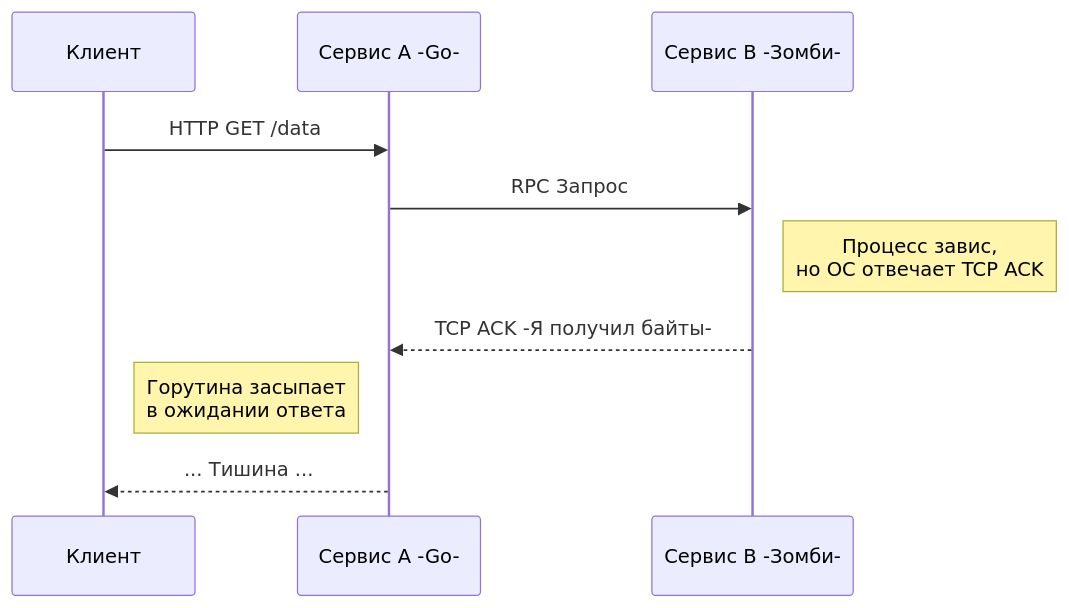
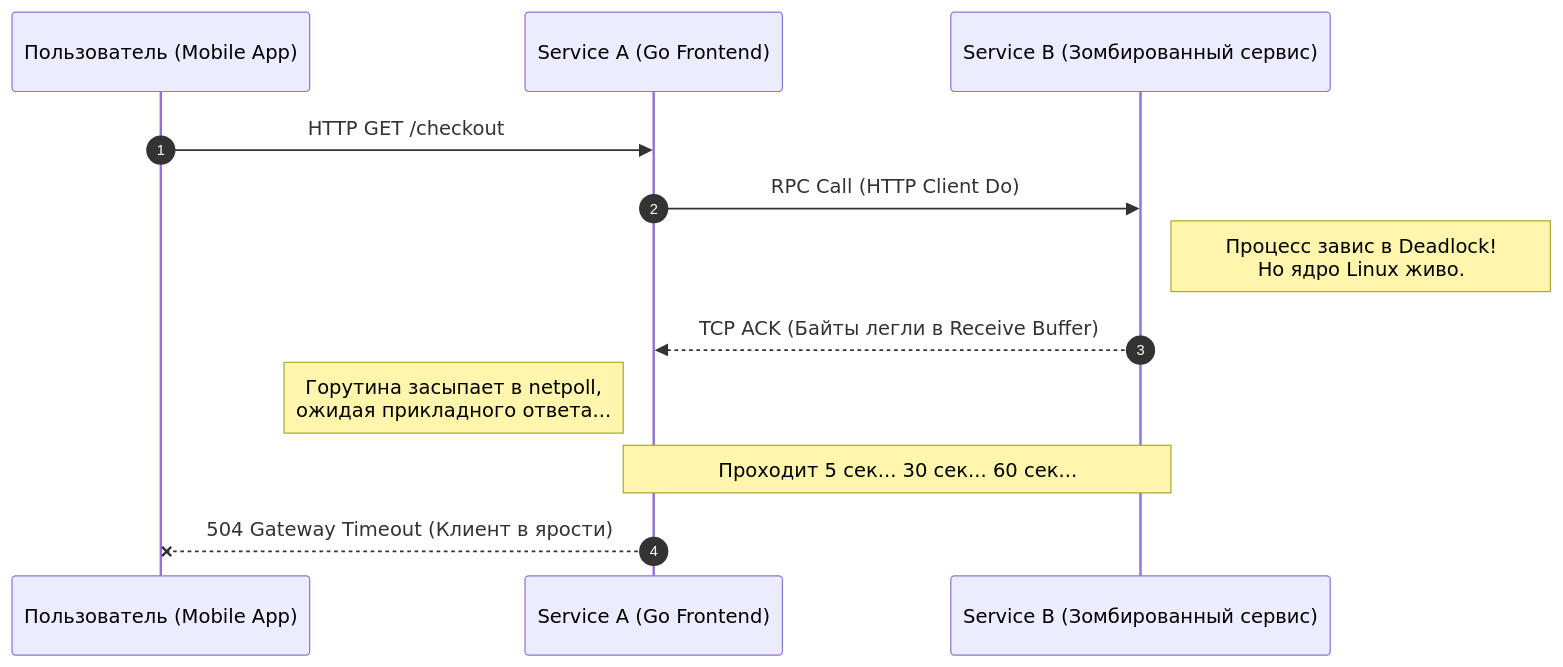
The second of 4 diagrams in sources/14. Распределенные системы на Go/01. Основы/4. Partial failure.md (UnrealTemplier/go-textbook), drawn with Mermaid before and after one commit. The commit also changed other lines of this file, not shown here.

````diff
--- a/sources/14. Распределенные системы на Go/01. Основы/4. Partial failure.md
+++ b/sources/14. Распределенные системы на Go/01. Основы/4. Partial failure.md
@@ -30,13 +68,15 @@
 ```mermaid
 sequenceDiagram
-    participant C as Клиент
-    participant A as Сервис A -Go-
-    participant B as Сервис B -Зомби-
-    
-    C->>A: HTTP GET /data
-    A->>B: RPC Запрос
-    Note right of B: Процесс завис,<br>но ОС отвечает TCP ACK
-    B-->>A: TCP ACK -Я получил байты-
-    Note left of A: Горутина засыпает<br>в ожидании ответа
-    A-->>C: ... Тишина ...
+    autonumber
+    participant C as Пользователь (Mobile App)
+    participant A as Service A (Go Frontend)
+    participant B as Service B (Зомбированный сервис)
+
+    C->>A: HTTP GET /checkout
+    A->>B: RPC Call (HTTP Client Do)
+    Note right of B: Процесс завис в Deadlock!<br>Но ядро Linux живо.
+    B-->>A: TCP ACK (Байты легли в Receive Buffer)
+    Note left of A: Горутина засыпает в netpoll,<br>ожидая прикладного ответа...
+    Note over A,B: Проходит 5 сек... 30 сек... 60 сек...
+    A--x C: 504 Gateway Timeout (Клиент в ярости)
 ```
````
